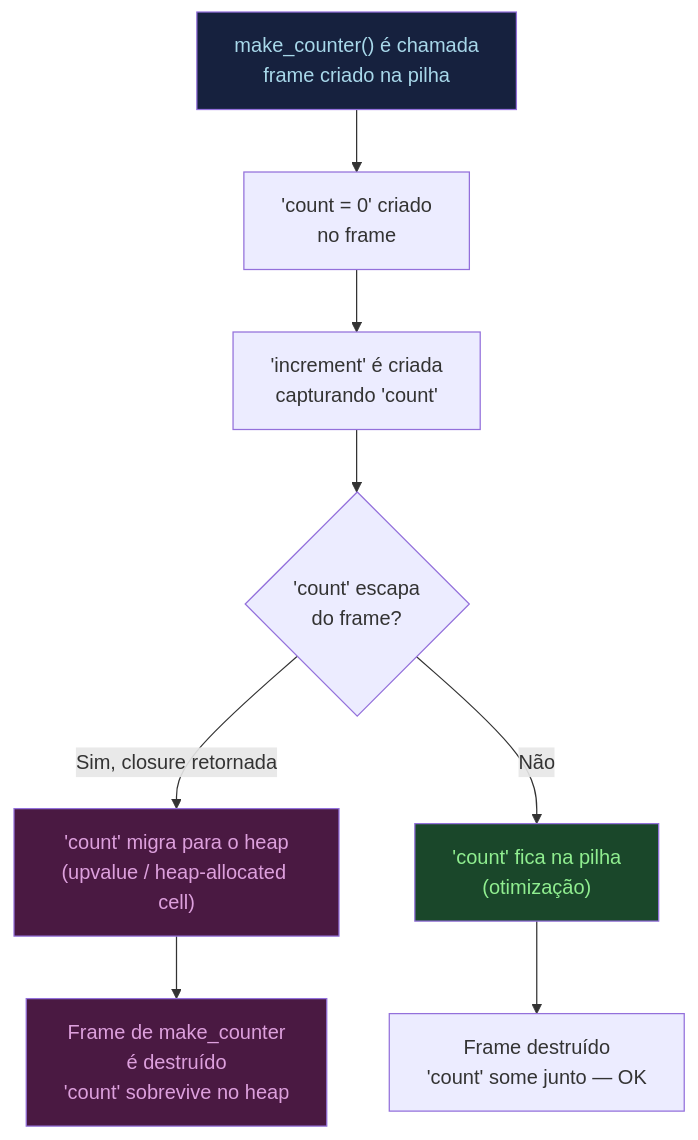
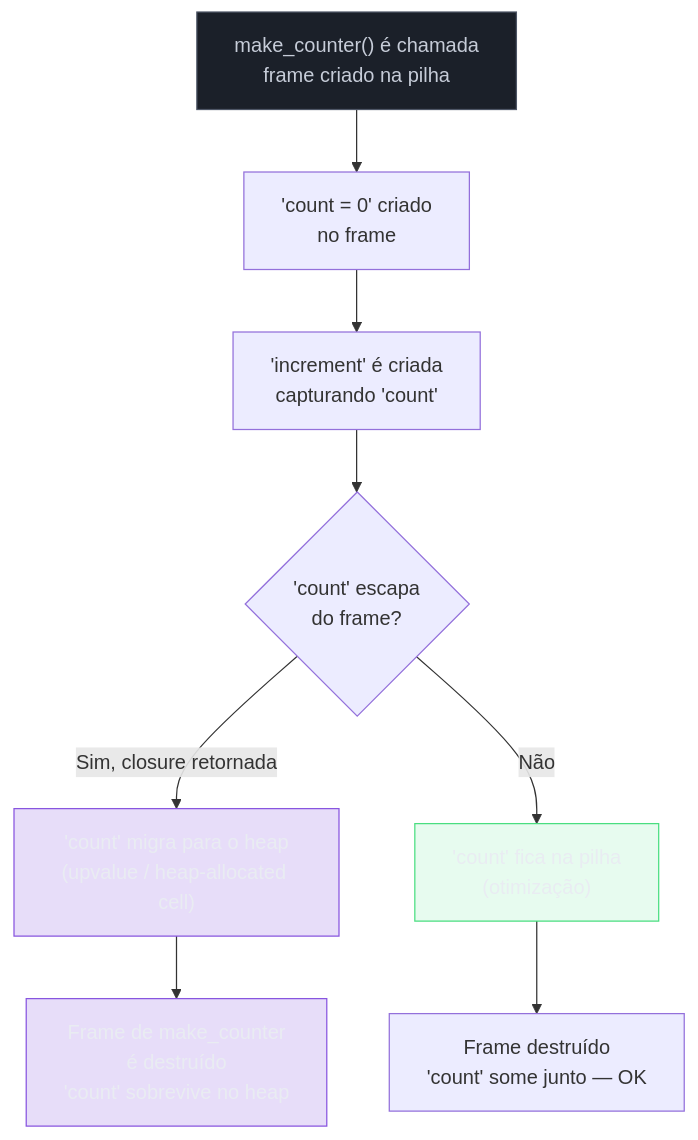
The fifth of 5 diagrams in 03-Dominios/Ciência/Compiladores e Linguagens/15 - Runtime, stack frames e gestão de memória.md (josenaldo/codex-technomanticus), drawn with Mermaid before and after one commit. The commit also changed other lines of this file and 1181 other files, not shown here.

First line of the commit message:
fix(diagramas): paleta do sistema no lugar de cor cravada no markdown

````diff
--- a/03-Dominios/Ciência/Compiladores e Linguagens/15 - Runtime, stack frames e gestão de memória.md
+++ b/03-Dominios/Ciência/Compiladores e Linguagens/15 - Runtime, stack frames e gestão de memória.md
@@ -390,15 +399,18 @@
 ```mermaid
 flowchart TD
+    classDef neutro fill:#1B2029,stroke:#4E5666,color:#C6CCD8
+    classDef marca fill:#8855DF33,stroke:#8855DF,color:#E9ECF2
+    classDef ok fill:#4ADE8021,stroke:#4ADE80,color:#E9ECF2
     A["make_counter() é chamada\nframe criado na pilha"] --> B["'count = 0' criado\nno frame"]
     B --> C["'increment' é criada\ncapturando 'count'"]
     C --> D{"'count' escapa\ndo frame?"}
     D -->|Sim, closure retornada| E["'count' migra para o heap\n(upvalue / heap-allocated cell)"]
     D -->|Não| F["'count' fica na pilha\n(otimização)"]
     E --> G["Frame de make_counter\né destruído\n'count' sobrevive no heap"]
     F --> H["Frame destruído\n'count' some junto — OK"]
 
-    style A fill:#16213e,color:#a8d8ea
-    style E fill:#4a1942,color:#dda0dd
-    style F fill:#1a472a,color:#90ee90
-    style G fill:#4a1942,color:#dda0dd
+    class A neutro
+    class E marca
+    class F ok
+    class G marca
 ```
````
